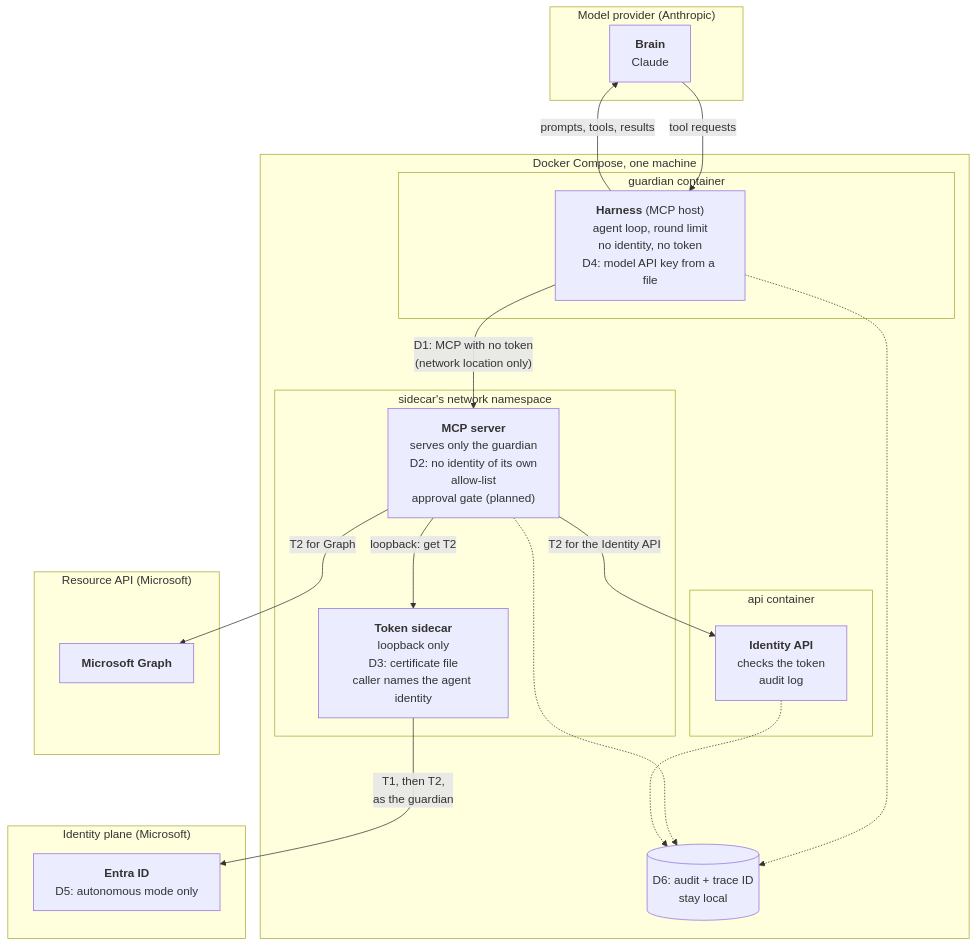
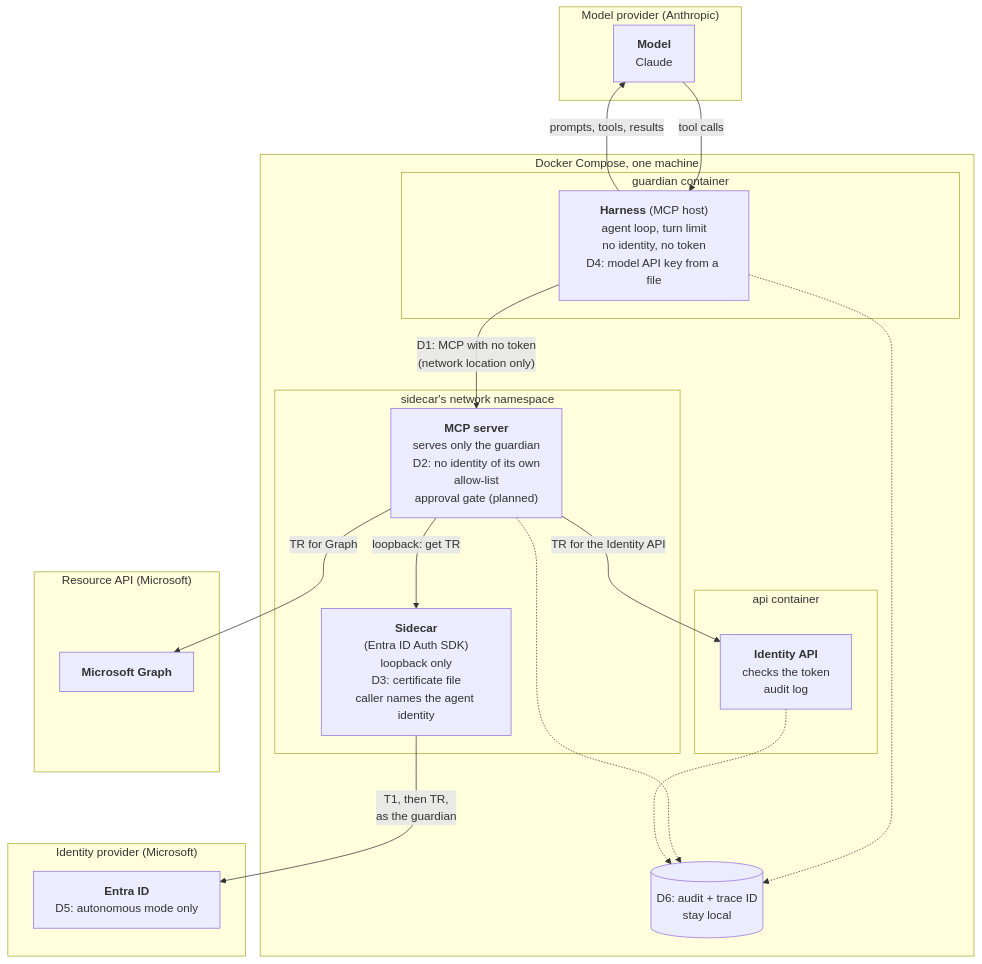
The fourth of 5 diagrams in docs/agent-architecture.md (alireza-mpr/agent-steward), drawn with Mermaid before and after one commit. The commit also changed other lines of this file and 16 other files, not shown here.

First line of the commit message:
feat: the guardian's harness reads its settings from config/guardian.json

````diff
--- a/docs/agent-architecture.md
+++ b/docs/agent-architecture.md
@@ -262,39 +266,39 @@
 ```mermaid
 flowchart TB
     subgraph PROVIDER["Model provider (Anthropic)"]
-        BRAIN["<b>Brain</b><br/>Claude"]
+        MODEL["<b>Model</b><br/>Claude"]
     end
 
     subgraph COMPOSE["Docker Compose, one machine"]
         subgraph GCONT["guardian container"]
-            HARNESS["<b>Harness</b> (MCP host)<br/>agent loop, round limit<br/>no identity, no token<br/>D4: model API key from a file"]
+            HARNESS["<b>Harness</b> (MCP host)<br/>agent loop, turn limit<br/>no identity, no token<br/>D4: model API key from a file"]
         end
         subgraph NS["sidecar's network namespace"]
             MCP["<b>MCP server</b><br/>serves only the guardian<br/>D2: no identity of its own<br/>allow-list<br/>approval gate (planned)"]
-            SIDECAR["<b>Token sidecar</b><br/>loopback only<br/>D3: certificate file<br/>caller names the agent identity"]
+            SIDECAR["<b>Sidecar</b><br/>(Entra ID Auth SDK)<br/>loopback only<br/>D3: certificate file<br/>caller names the agent identity"]
         end
         subgraph ACONT["api container"]
             API["<b>Identity API</b><br/>checks the token<br/>audit log"]
         end
         LOGS[("D6: audit + trace ID<br/>stay local")]
     end
 
-    subgraph IDP["Identity plane (Microsoft)"]
+    subgraph IDP["Identity provider (Microsoft)"]
         ENTRA["<b>Entra ID</b><br/>D5: autonomous mode only"]
     end
 
     subgraph RES["Resource API (Microsoft)"]
         GRAPH["<b>Microsoft Graph</b>"]
     end
 
-    HARNESS -- "prompts, tools, results" --> BRAIN
-    BRAIN -- "tool requests" --> HARNESS
+    HARNESS -- "prompts, tools, results" --> MODEL
+    MODEL -- "tool calls" --> HARNESS
     HARNESS -- "D1: MCP with no token<br/>(network location only)" --> MCP
-    MCP -- "loopback: get T2" --> SIDECAR
-    SIDECAR -- "T1, then T2,<br/>as the guardian" --> ENTRA
-    MCP -- "T2 for Graph" --> GRAPH
-    MCP -- "T2 for the Identity API" --> API
+    MCP -- "loopback: get TR" --> SIDECAR
+    SIDECAR -- "T1, then TR,<br/>as the guardian" --> ENTRA
+    MCP -- "TR for Graph" --> GRAPH
+    MCP -- "TR for the Identity API" --> API
     HARNESS -.-> LOGS
     MCP -.-> LOGS
     API -.-> LOGS
 ```
````
